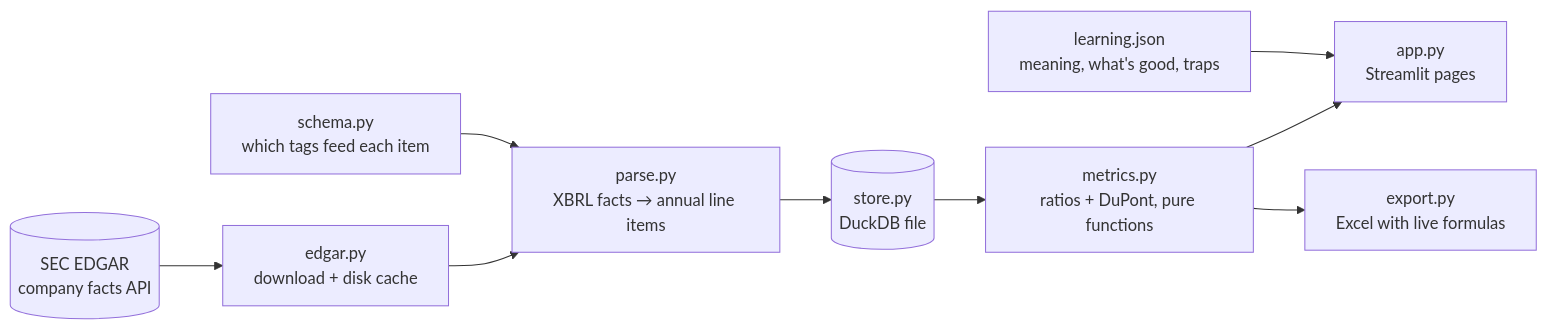
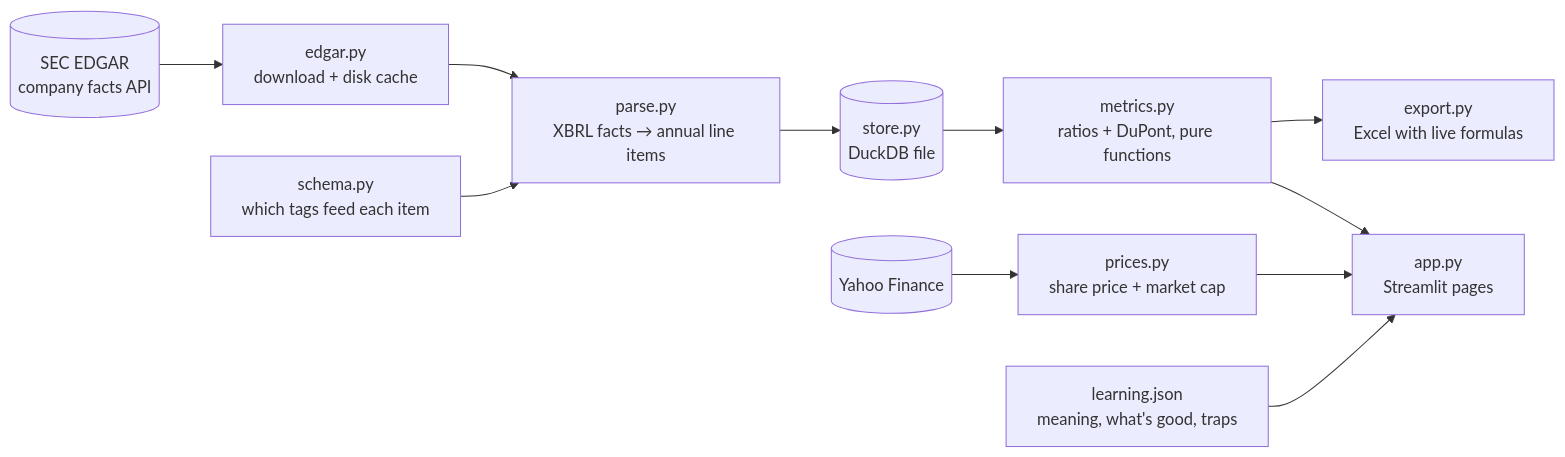
The diagram in README.md (VedantParashar/finance-analyzer), drawn with Mermaid before and after one commit. The commit also changed other lines of this file and 12 other files, not shown here.

Commit message:
add price metrics from yfinance: market cap, P/E, P/B, EV/EBIT, FCF yield

````diff
--- a/README.md
+++ b/README.md
@@ -82,11 +83,13 @@
 ```mermaid
 flowchart LR
     SEC[(SEC EDGAR<br/>company facts API)] --> edgar[edgar.py<br/>download + disk cache]
     edgar --> parse[parse.py<br/>XBRL facts → annual line items]
     schema[schema.py<br/>which tags feed each item] --> parse
     parse --> store[(store.py<br/>DuckDB file)]
     store --> metrics[metrics.py<br/>ratios + DuPont, pure functions]
     metrics --> app[app.py<br/>Streamlit pages]
+    yahoo[(Yahoo Finance)] --> prices[prices.py<br/>share price + market cap]
+    prices --> app
     metrics --> export[export.py<br/>Excel with live formulas]
     learning[learning.json<br/>meaning, what's good, traps] --> app
 ```
````
